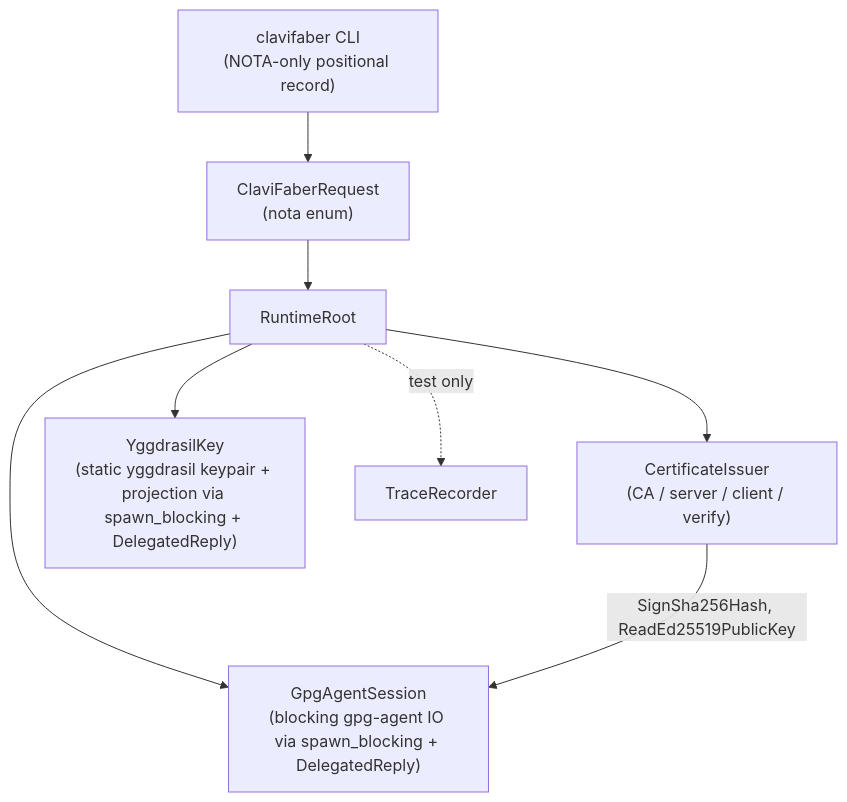
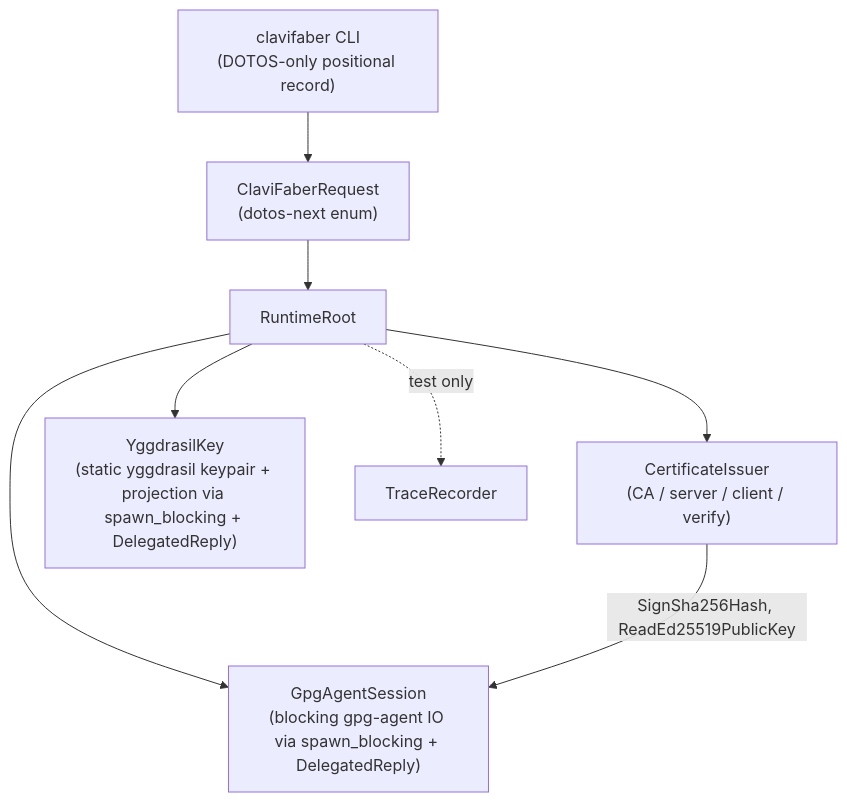
Before and after one commit to LiGoldragon/clavifaber: the diagram in ARCHITECTURE.md, drawn with Mermaid. The commit also changed other lines of this file and 15 other files, not shown here.

Commit message:
(("Chore", "codec"), ("Migrate", "NOTA request surface to DOTOS"), ("Pass", "Dotos canonical codec and tests"))

````diff
--- a/ARCHITECTURE.md
+++ b/ARCHITECTURE.md
@@ -74,11 +74,11 @@
 ```mermaid
 flowchart TB
-    cli["clavifaber CLI<br/>(NOTA-only positional record)"] --> request["ClaviFaberRequest<br/>(nota enum)"]
+    cli["clavifaber CLI<br/>(DOTOS-only positional record)"] --> request["ClaviFaberRequest<br/>(dotos-next enum)"]
     request --> root["RuntimeRoot"]
     root --> certificate_issuer["CertificateIssuer<br/>(CA / server / client / verify)"]
     root --> gpg_agent_session["GpgAgentSession<br/>(blocking gpg-agent IO via spawn_blocking + DelegatedReply)"]
     root --> yggdrasil_key["YggdrasilKey<br/>(static yggdrasil keypair + projection via spawn_blocking + DelegatedReply)"]
     root -. test only .-> trace_recorder["TraceRecorder"]
 
     certificate_issuer -->|SignSha256Hash, ReadEd25519PublicKey| gpg_agent_session
 ```
````
